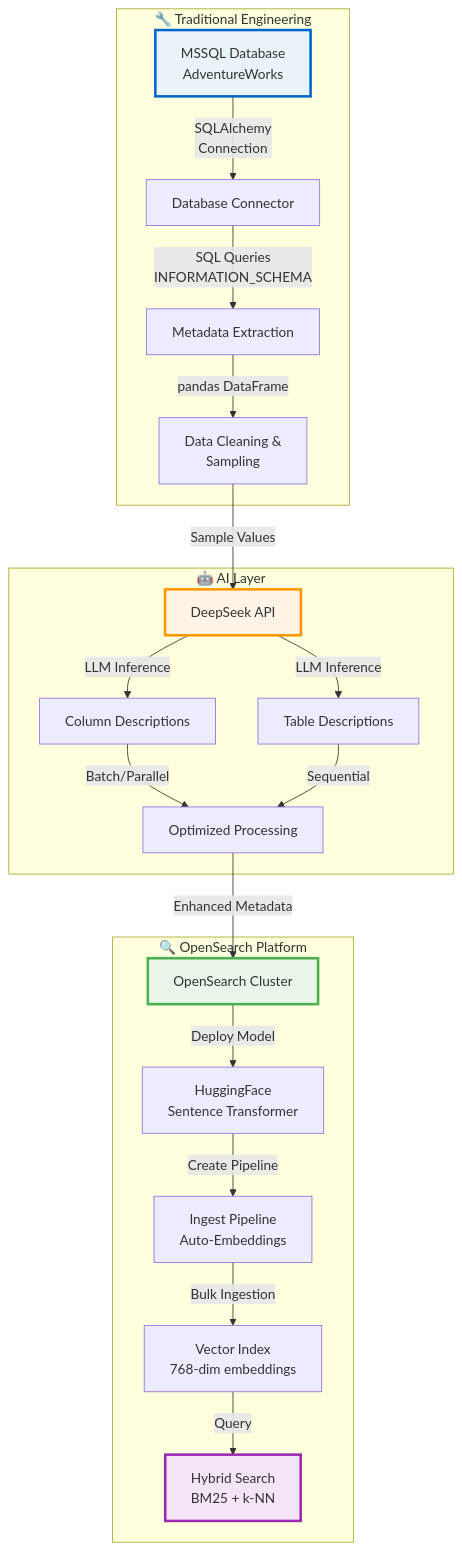
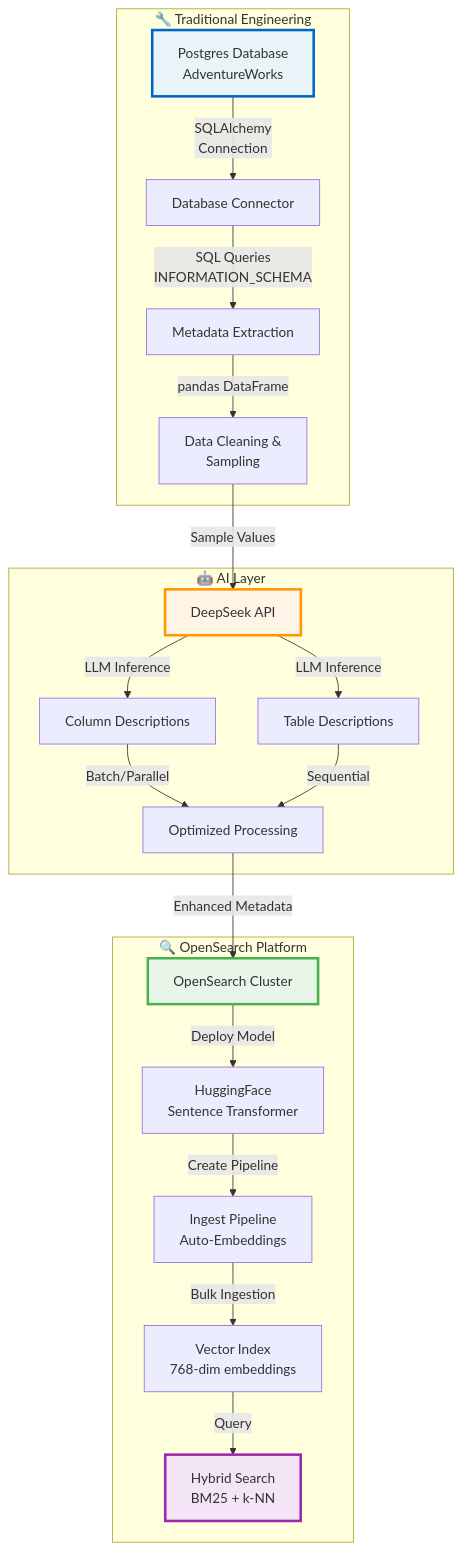
The first of 8 diagrams in 6. REALTIME_PROJECTS/4. business_intelligence_agent/3. opensearch-POSTGRES-RAG/docs/build_ingest_meta_dictionary.md (machzqcq/OPENSEARCH_INTERMEDIATE_TUTORIAL), drawn with Mermaid before and after one commit. The commit also changed 3 other files, not shown here.

````diff
--- a/6. REALTIME_PROJECTS/4. business_intelligence_agent/3. opensearch-POSTGRES-RAG/docs/build_ingest_meta_dictionary.md
+++ b/6. REALTIME_PROJECTS/4. business_intelligence_agent/3. opensearch-POSTGRES-RAG/docs/build_ingest_meta_dictionary.md
@@ -9,29 +9,29 @@
 ```mermaid
 graph TB
     subgraph "🔧 Traditional Engineering"
-        A[MSSQL Database<br/>AdventureWorks] -->|SQLAlchemy<br/>Connection| B[Database Connector]
+        A[Postgres Database<br/>AdventureWorks] -->|SQLAlchemy<br/>Connection| B[Database Connector]
         B -->|SQL Queries<br/>INFORMATION_SCHEMA| C[Metadata Extraction]
         C -->|pandas DataFrame| D[Data Cleaning &<br/>Sampling]
     end
     
     subgraph "🤖 AI Layer"
         D -->|Sample Values| E[DeepSeek API]
         E -->|LLM Inference| F[Column Descriptions]
         E -->|LLM Inference| G[Table Descriptions]
         F -->|Batch/Parallel| H[Optimized Processing]
         G -->|Sequential| H
     end
     
     subgraph "🔍 OpenSearch Platform"
         H -->|Enhanced Metadata| I[OpenSearch Cluster]
         I -->|Deploy Model| J[HuggingFace<br/>Sentence Transformer]
         J -->|Create Pipeline| K[Ingest Pipeline<br/>Auto-Embeddings]
         K -->|Bulk Ingestion| L[Vector Index<br/>768-dim embeddings]
         L -->|Query| M[Hybrid Search<br/>BM25 + k-NN]
     end
     
     style A fill:#e8f4f8,stroke:#0066cc,stroke-width:3px
     style E fill:#fff4e6,stroke:#ff9800,stroke-width:3px
     style I fill:#e8f5e9,stroke:#4caf50,stroke-width:3px
     style M fill:#f3e5f5,stroke:#9c27b0,stroke-width:3px
 ```
````
